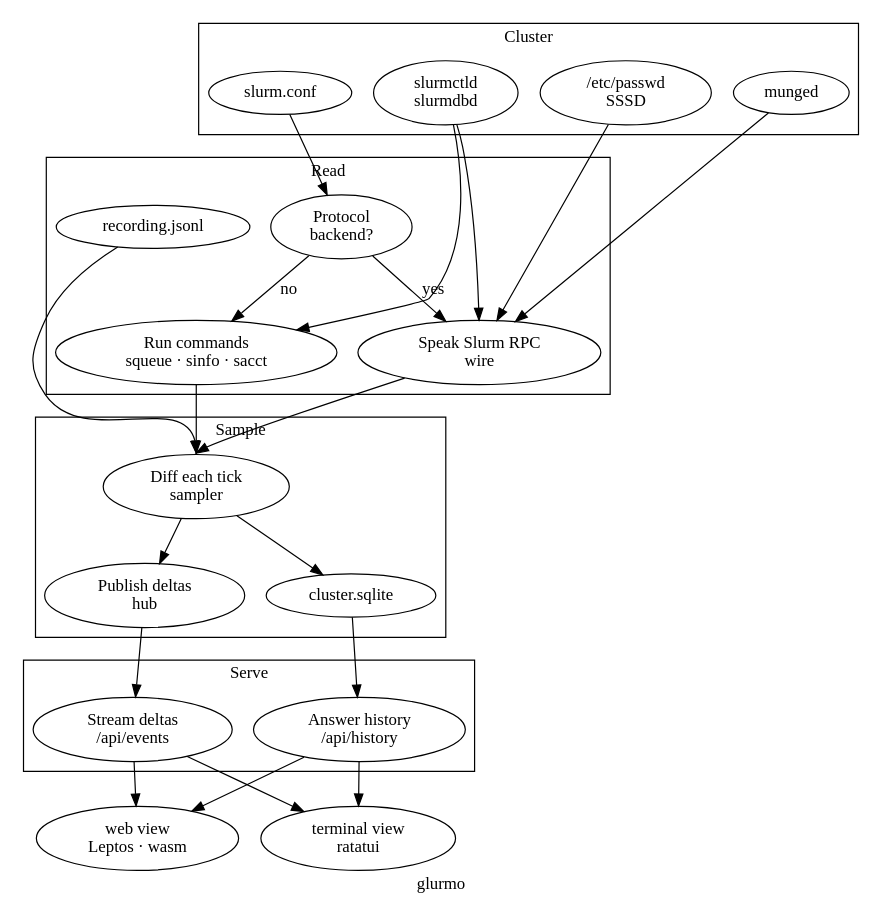
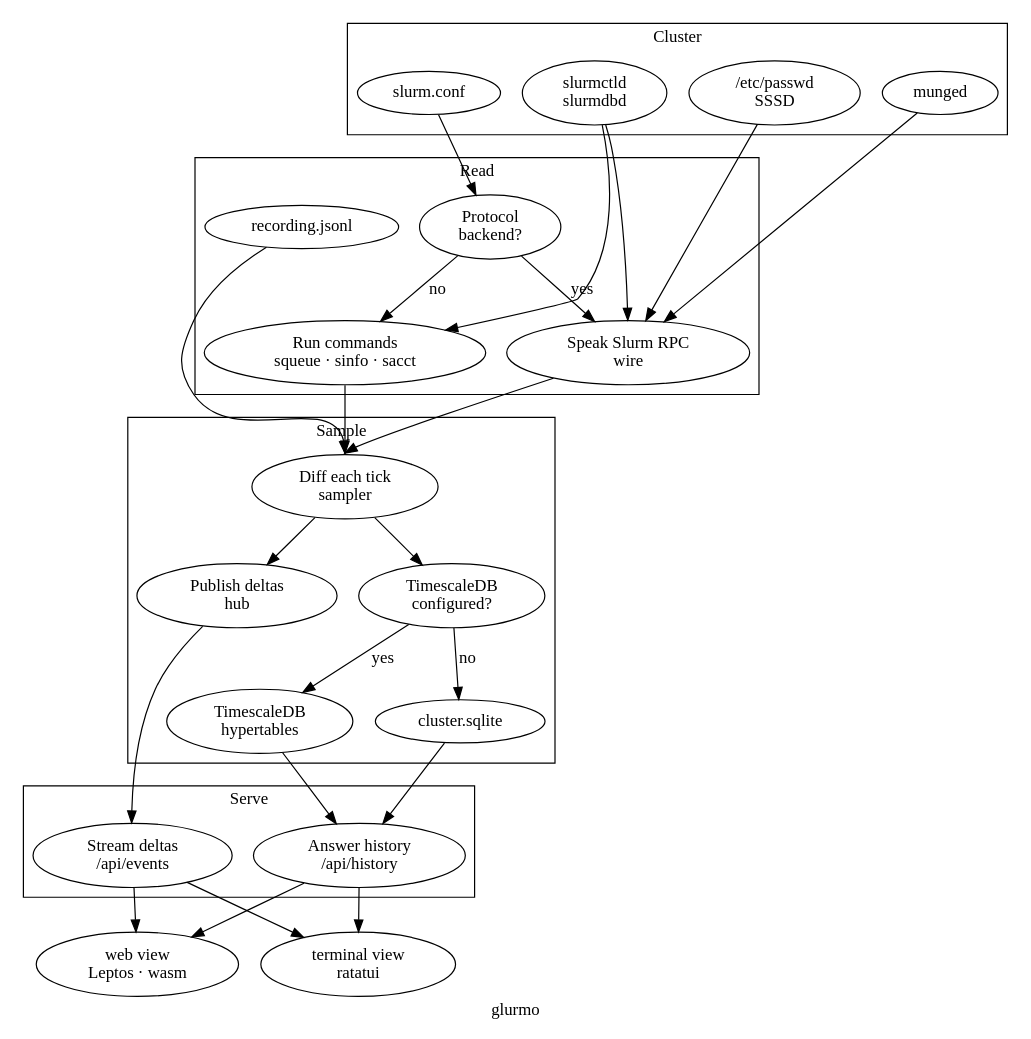
The diagram in docs/architecture.gv (ramirc0/glurmo), drawn with Graphviz before and after one commit. The commit also changed 2 other files, not shown here.

Commit message:
Show the store's two backends in the architecture diagram, and walk through TimescaleDB's setup in the guide

```diff
--- a/docs/architecture.gv
+++ b/docs/architecture.gv
@@ -1,52 +1,58 @@
 digraph glurmo {
   label = "glurmo"
 
   subgraph cluster_cluster {
     label = "Cluster"
     sssd [class = data, label = "/etc/passwd\nSSSD"]
     munge [class = data, label = "munged"]
     daemons [class = data, label = "slurmctld\nslurmdbd"]
     conf [class = data, label = "slurm.conf"]
   }
 
   subgraph cluster_read {
     label = "Read"
     backend [class = decision, label = "Protocol\nbackend?"]
     wire [class = step, label = "Speak Slurm RPC\nwire"]
     cli  [class = step, label = "Run commands\nsqueue · sinfo · sacct"]
     recording [class = data, label = "recording.jsonl"]
   }
 
   subgraph cluster_sample {
     label = "Sample"
     sampler [class = step, label = "Diff each tick\nsampler"]
     hub [class = step, label = "Publish deltas\nhub"]
-    store [class = data, label = "cluster.sqlite"]
+    backing [class = decision, label = "TimescaleDB\nconfigured?"]
+    sqlite [class = data, label = "cluster.sqlite"]
+    timescale [class = data, label = "TimescaleDB\nhypertables"]
   }
 
   subgraph cluster_serve {
     label = "Serve"
     events [class = step, label = "Stream deltas\n/api/events"]
     history [class = step, label = "Answer history\n/api/history"]
   }
 
   web [class = result, label = "web view\nLeptos · wasm"]
   tui [class = result, label = "terminal view\nratatui"]
 
   backend -> wire [label = "yes"]
   backend -> cli [label = "no"]
   sssd -> wire
   munge -> wire
   daemons -> wire
   daemons -> cli
   conf -> backend
   recording -> sampler:n
   cli -> sampler:n
   wire -> sampler:n
   sampler -> hub -> events
-  sampler -> store -> history
+  sampler -> backing
+  backing -> timescale [label = "yes"]
+  backing -> sqlite [label = "no"]
+  sqlite -> history
+  timescale -> history
   events -> web
   history -> web
   events -> tui
   history -> tui
 }
```
